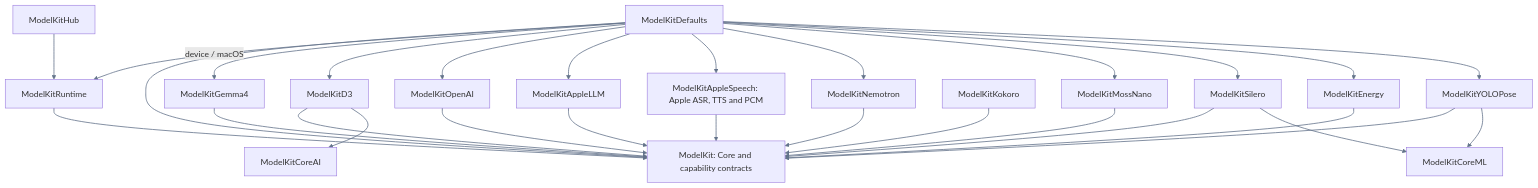
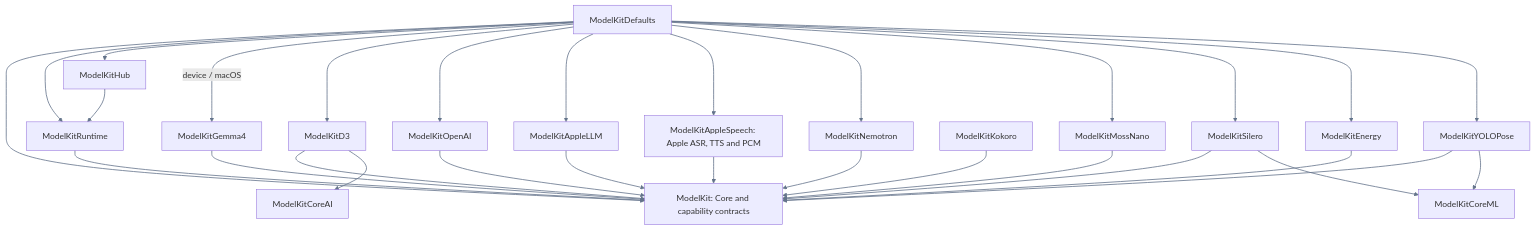
Before and after one commit to devilyouwei/MobileHarness: the third of 3 diagrams in MobileHarness/ModelKit/README.md, drawn with Mermaid. The commit also changed other lines of this file and 74 other files, not shown here.

Commit message:
Consolidate model artifact management in ModelKit and remove D3 Lite

````diff
--- a/MobileHarness/ModelKit/README.md
+++ b/MobileHarness/ModelKit/README.md
@@ -62,49 +62,50 @@
 ```mermaid
 flowchart TD
  ModelKitDefaults[ModelKitDefaults]
  ModelKitRuntime[ModelKitRuntime]
  ModelKitHub[ModelKitHub]
  ModelKit[ModelKit: Core and capability contracts]
  ModelKitCoreAI[ModelKitCoreAI]
  ModelKitD3[ModelKitD3]
  ModelKitCoreML[ModelKitCoreML]
  ModelKitGemma4[ModelKitGemma4]
  ModelKitAppleLLM[ModelKitAppleLLM]
  ModelKitOpenAI[ModelKitOpenAI]
  ModelKitAppleSpeech[ModelKitAppleSpeech: Apple ASR, TTS and PCM]
  ModelKitNemotron[ModelKitNemotron]
  ModelKitMossNano[ModelKitMossNano]
  ModelKitKokoro[ModelKitKokoro]
  ModelKitSilero[ModelKitSilero]
  ModelKitEnergy[ModelKitEnergy]
  ModelKitYOLOPose[ModelKitYOLOPose]
  ModelKitDefaults --> ModelKit
  ModelKitDefaults --> ModelKitRuntime
+ ModelKitDefaults --> ModelKitHub
  ModelKitDefaults -->|device / macOS| ModelKitGemma4
  ModelKitDefaults --> ModelKitD3
  ModelKitDefaults --> ModelKitOpenAI
  ModelKitDefaults --> ModelKitAppleLLM
  ModelKitDefaults --> ModelKitAppleSpeech
  ModelKitDefaults --> ModelKitNemotron
  ModelKitDefaults --> ModelKitMossNano
  ModelKitDefaults --> ModelKitSilero
  ModelKitDefaults --> ModelKitEnergy
  ModelKitDefaults --> ModelKitYOLOPose
  ModelKitRuntime --> ModelKit
  ModelKitHub --> ModelKitRuntime
  ModelKitGemma4 --> ModelKit
  ModelKitD3 --> ModelKit
  ModelKitD3 --> ModelKitCoreAI
  ModelKitAppleLLM --> ModelKit
  ModelKitOpenAI --> ModelKit
  ModelKitAppleSpeech --> ModelKit
  ModelKitNemotron --> ModelKit
  ModelKitMossNano --> ModelKit
  ModelKitKokoro --> ModelKit
  ModelKitSilero --> ModelKit
  ModelKitSilero --> ModelKitCoreML
  ModelKitEnergy --> ModelKit
  ModelKitYOLOPose --> ModelKit
  ModelKitYOLOPose --> ModelKitCoreML
     linkStyle default stroke:#64748b,stroke-width:1.5px
 ```
````
